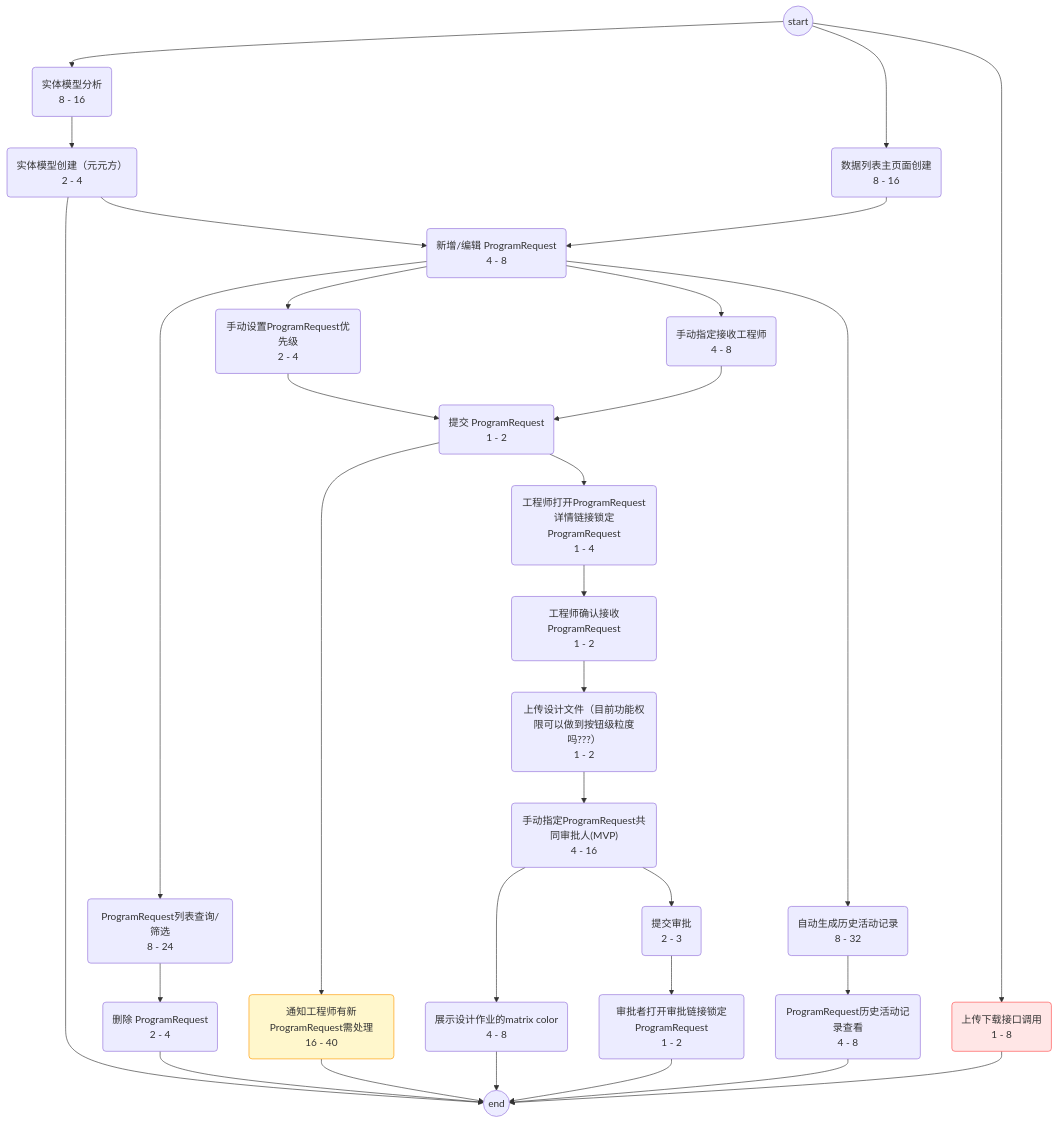
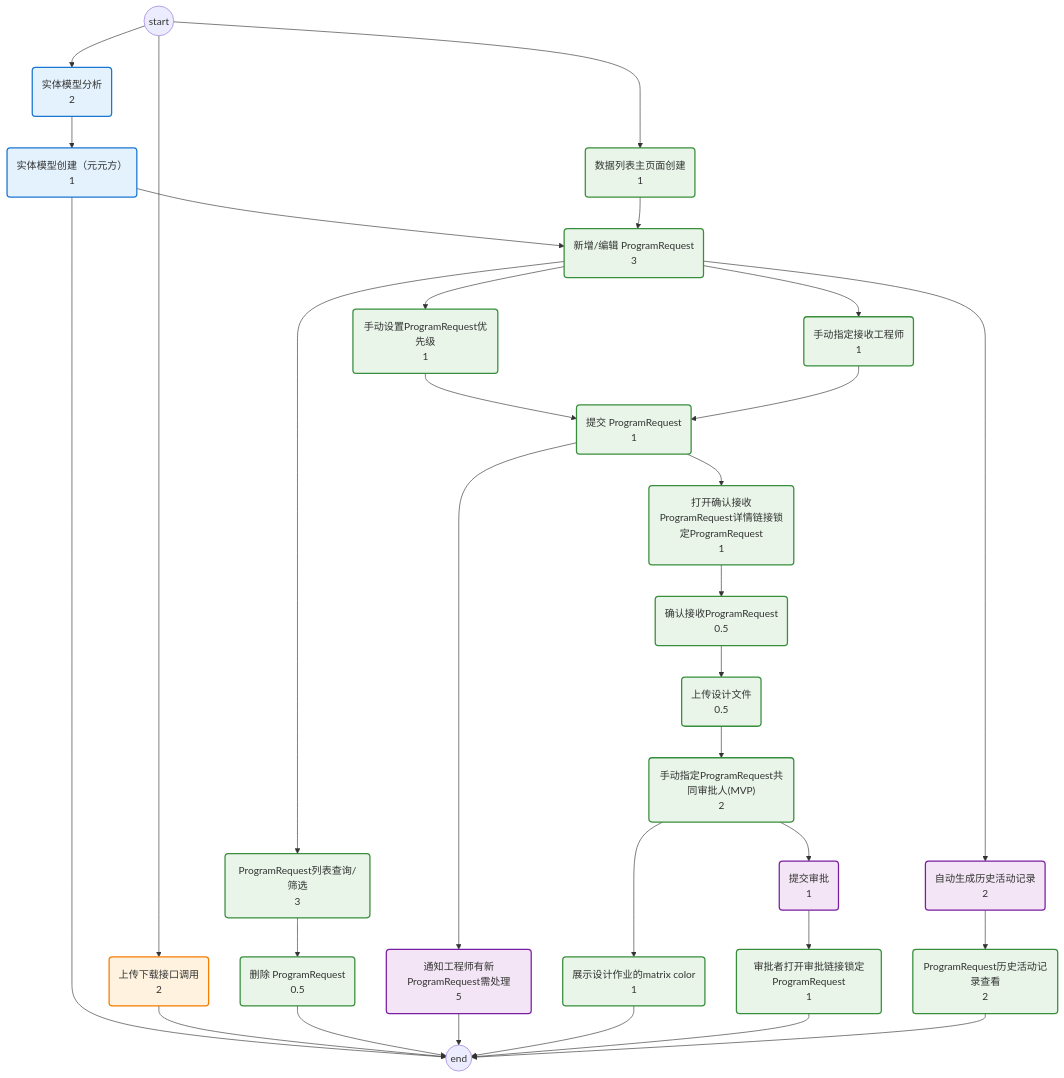
One commit to Sanjel-Energy-Services/eService_WorkItems changed the diagram in Projects/Program Request Management/Documents/Analysis/03-Plan/002-stage1.md. Above: the diagram before and after it, drawn with Mermaid. The commit also changed 2 other files, not shown here.

Commit message:
#383 refactor: Update project plan and workflow instructions for clarity and accuracy

````diff
--- a/Projects/Program Request Management/Documents/Analysis/03-Plan/002-stage1.md
+++ b/Projects/Program Request Management/Documents/Analysis/03-Plan/002-stage1.md
@@ -7,83 +7,99 @@
 eend(("end"))
 
 t01("实体模型分析
-8 - 16")
+2")
 t02("实体模型创建（元元方）
-2 - 4")
+1")
+
 t03("数据列表主页面创建
-8 - 16")
+1")
 t04("ProgramRequest列表查询/筛选
-8 - 24")
+3")
+t06("新增/编辑 ProgramRequest
+3")
+t07("删除 ProgramRequest
+0.5")
+t08("手动设置ProgramRequest优先级
+1")
+t09("手动指定接收工程师
+1")
+t10("提交 ProgramRequest
+1")
+t15("打开确认接收ProgramRequest详情链接锁定ProgramRequest
+1")
+t17("确认接收ProgramRequest
+0.5")
+t19("上传设计文件
+0.5")
+t21("手动指定ProgramRequest共同审批人(MVP)
+2")
+t22("展示设计作业的matrix color
+1")
+t25("审批者打开审批链接锁定ProgramRequest
+1")
+t33("ProgramRequest历史活动记录查看
+2")
+
 t05("上传下载接口调用
-1 - 8")
-t06("新增/编辑 ProgramRequest
-4 - 8")
-t07("删除 ProgramRequest
-2 - 4")
-t08("手动设置ProgramRequest优先级
-2 - 4")
-t09("手动指定接收工程师
-4 - 8")
-t10("提交 ProgramRequest
-1 - 2")
+2")
+
 t14("通知工程师有新ProgramRequest需处理
-16 - 40")
-t15("工程师打开ProgramRequest详情链接锁定ProgramRequest
-1 - 4")
-t17("工程师确认接收ProgramRequest
-1 - 2")
-t19("上传设计文件（目前功能权限可以做到按钮级粒度吗???）
-1 - 2")
-t21("手动指定ProgramRequest共同审批人(MVP)
-4 - 16")
-t22("展示设计作业的matrix color
-4 - 8")
+5")
+t32("自动生成历史活动记录
+2")
 t34("提交审批
-2 - 3")
-t25("审批者打开审批链接锁定ProgramRequest
-1 - 2")
-t32("自动生成历史活动记录
-8 - 32")
-t33("ProgramRequest历史活动记录查看
-4 - 8")
+1")
 
 start --> t01
 t01 --> t02
-t02 --> eend
-t02 --> t06
 
 start --> t03
+start --> t05
+
+t02 --> t06
 t03 --> t06
+
 t06 --> t04
-t04 --> t07
-t07 --> eend
-
 t06 --> t08
 t06 --> t09
+t06 --> t32
+
+t04 --> t07
+
 t08 --> t10
 t09 --> t10
 
 t10 --> t14
 t10 --> t15
-t14 --> eend
 
 t15 --> t17
+
 t17 --> t19
+
 t19 --> t21
+
 t21 --> t22
 t21 --> t34
+
+t34 --> t25
+
+t32 --> t33
+
+t02 --> eend
+t05 --> eend
+t07 --> eend
+t14 --> eend
 t22 --> eend
-t34 --> t25
 t25 --> eend
-
-t06 --> t32
-t32 --> t33
 t33 --> eend
 
-start --> t05
-t05 --> eend
+classDef dataModeling fill:#e3f2fd,stroke:#1976d2,stroke-width:2px
+classDef webPage fill:#e8f5e8,stroke:#388e3c,stroke-width:2px
+classDef sharePoint fill:#fff3e0,stroke:#f57c00,stroke-width:2px
+classDef workflow fill:#f3e5f5,stroke:#7b1fa2,stroke-width:2px
 
-%% Highlight t05 node with a different color
-style t05 fill:#ffe6e6,stroke:#ff4d4d,stroke-width:1px
-style t14 fill:#fff7cc,stroke:#ff9900,stroke-width:1px
+class t01,t02 dataModeling
+class t03,t04,t06,t07,t08,t09,t10,t15,t17,t19,t21,t22,t25,t33 webPage
+class t05 sharePoint
+class t14,t32,t34 workflow
 ```
````
